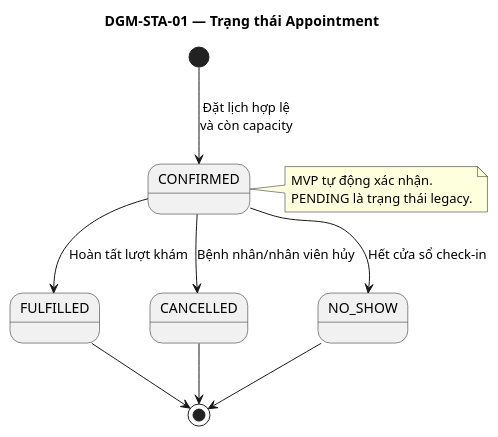
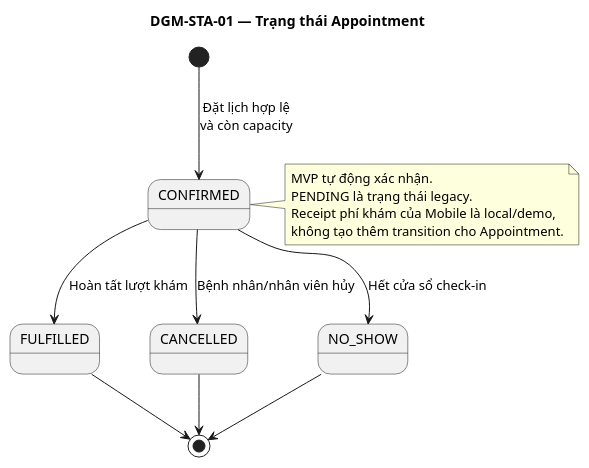
The diagram in docs/report/chapter-03/diagrams/state/dgm-sta-01-appointment.puml (ntkhai268/careflow), drawn with PlantUML before and after one commit. The commit also changed 26 other files, not shown here.

Commit message:
docs: align report with self-pay settlement flow

```diff
--- a/docs/report/chapter-03/diagrams/state/dgm-sta-01-appointment.puml
+++ b/docs/report/chapter-03/diagrams/state/dgm-sta-01-appointment.puml
@@ -1,19 +1,21 @@
 @startuml
 title DGM-STA-01 — Trạng thái Appointment
 skinparam backgroundColor white
 skinparam shadowing false
 skinparam defaultFontName Arial
 
 [*] --> CONFIRMED : Đặt lịch hợp lệ\nvà còn capacity
 CONFIRMED --> FULFILLED : Hoàn tất lượt khám
 CONFIRMED --> CANCELLED : Bệnh nhân/nhân viên hủy
 CONFIRMED --> NO_SHOW : Hết cửa sổ check-in
 FULFILLED --> [*]
 CANCELLED --> [*]
 NO_SHOW --> [*]
 
 note right of CONFIRMED
   MVP tự động xác nhận.
   PENDING là trạng thái legacy.
+  Receipt phí khám của Mobile là local/demo,
+  không tạo thêm transition cho Appointment.
 end note
 @enduml
```
